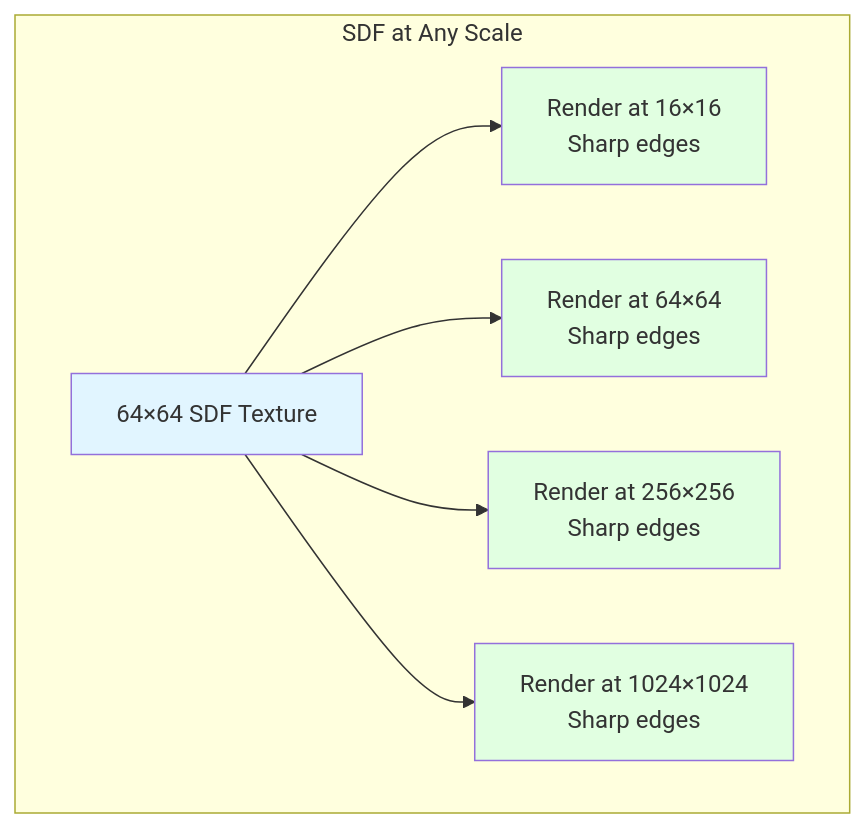
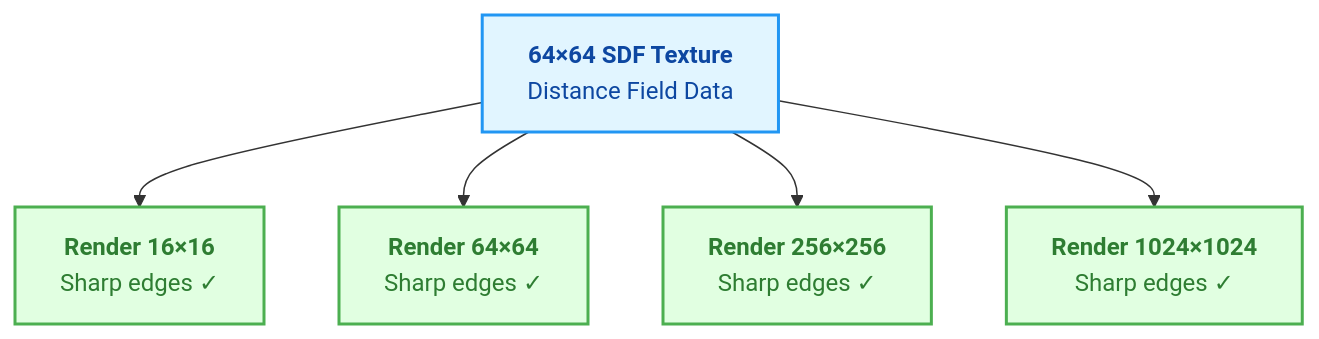
One commit to john-savepoint/makosource changed the sixth of 10 diagrams in sdf_font/docs/GRAPHICS_FUNDAMENTALS_AND_SDF_EXPLAINED.md. Above: the diagram before and after it, drawn with Mermaid. The commit also changed other lines of this file, not shown here.

First line of the commit message:
docs(graphics): add rendered Mermaid diagrams via mcp-mermaid server

````diff
--- a/sdf_font/docs/GRAPHICS_FUNDAMENTALS_AND_SDF_EXPLAINED.md
+++ b/sdf_font/docs/GRAPHICS_FUNDAMENTALS_AND_SDF_EXPLAINED.md
@@ -358,15 +369,21 @@
 ```mermaid
-graph TD
-    subgraph "SDF at Any Scale"
-    S[64×64 SDF Texture] --> S1[Render at 16×16<br/>Sharp edges]
-    S --> S2[Render at 64×64<br/>Sharp edges]
-    S --> S3[Render at 256×256<br/>Sharp edges]
-    S --> S4[Render at 1024×1024<br/>Sharp edges]
-    end
+flowchart TD
+    classDef sdfTex fill:#e1f5ff,stroke:#2196f3,stroke-width:2px,color:#0d47a1
+    classDef scale fill:#e1ffe1,stroke:#4caf50,stroke-width:2px,color:#2e7d32
 
-    style S fill:#e1f5ff
-    style S1 fill:#e1ffe1
-    style S2 fill:#e1ffe1
-    style S3 fill:#e1ffe1
-    style S4 fill:#e1ffe1
+    S["`**64×64 SDF Texture**
+Distance Field Data`"]:::sdfTex
+    S1["`**Render 16×16**
+Sharp edges ✓`"]:::scale
+    S2["`**Render 64×64**
+Sharp edges ✓`"]:::scale
+    S3["`**Render 256×256**
+Sharp edges ✓`"]:::scale
+    S4["`**Render 1024×1024**
+Sharp edges ✓`"]:::scale
+
+    S --> S1
+    S --> S2
+    S --> S3
+    S --> S4
 ```
````
